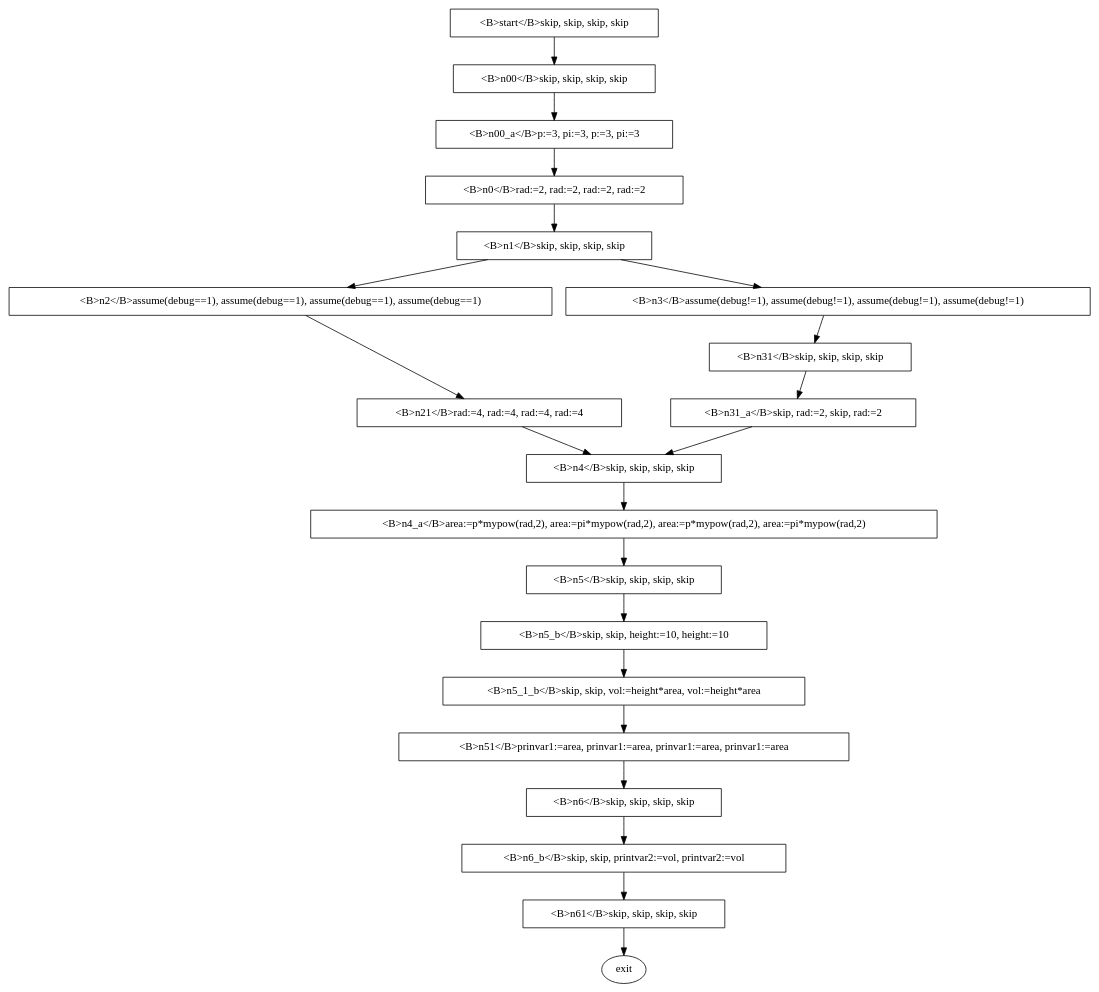
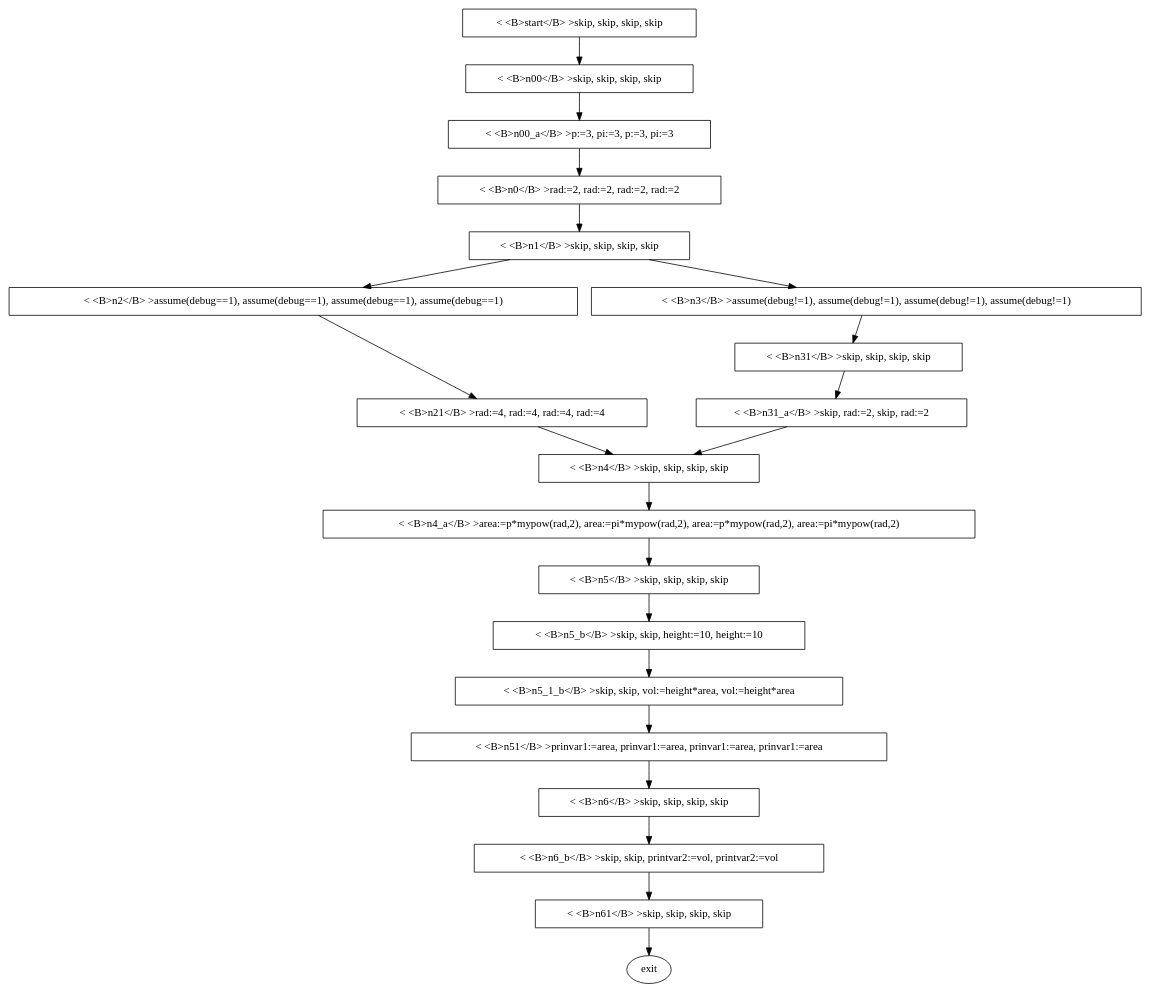
One commit to marcelosousa/safemerge changed the diagram in examples/reps/ex1/t.dot. Above: the diagram before and after it, drawn with Graphviz. The commit also changed 2 other files, not shown here.

```diff
--- a/examples/reps/ex1/t.dot
+++ b/examples/reps/ex1/t.dot
@@ -1,41 +1,41 @@
 digraph product {
-n0 [label="<B>n0</B>rad:=2, rad:=2, rad:=2, rad:=2", shape=box]
+n0 [label="< <B>n0</B> >rad:=2, rad:=2, rad:=2, rad:=2", shape=box]
 n0 -> n1
-n00 [label="<B>n00</B>skip, skip, skip, skip", shape=box]
+n00 [label="< <B>n00</B> >skip, skip, skip, skip", shape=box]
 n00 -> n00_a
-n00_a [label="<B>n00_a</B>p:=3, pi:=3, p:=3, pi:=3", shape=box]
+n00_a [label="< <B>n00_a</B> >p:=3, pi:=3, p:=3, pi:=3", shape=box]
 n00_a -> n0
-n1 [label="<B>n1</B>skip, skip, skip, skip", shape=box]
+n1 [label="< <B>n1</B> >skip, skip, skip, skip", shape=box]
 n1 -> n2
 n1 -> n3
-n2 [label="<B>n2</B>assume(debug==1), assume(debug==1), assume(debug==1), assume(debug==1)", shape=box]
+n2 [label="< <B>n2</B> >assume(debug==1), assume(debug==1), assume(debug==1), assume(debug==1)", shape=box]
 n2 -> n21
-n21 [label="<B>n21</B>rad:=4, rad:=4, rad:=4, rad:=4", shape=box]
+n21 [label="< <B>n21</B> >rad:=4, rad:=4, rad:=4, rad:=4", shape=box]
 n21 -> n4
-n3 [label="<B>n3</B>assume(debug!=1), assume(debug!=1), assume(debug!=1), assume(debug!=1)", shape=box]
+n3 [label="< <B>n3</B> >assume(debug!=1), assume(debug!=1), assume(debug!=1), assume(debug!=1)", shape=box]
 n3 -> n31
-n31 [label="<B>n31</B>skip, skip, skip, skip", shape=box]
+n31 [label="< <B>n31</B> >skip, skip, skip, skip", shape=box]
 n31 -> n31_a
-n31_a [label="<B>n31_a</B>skip, rad:=2, skip, rad:=2", shape=box]
+n31_a [label="< <B>n31_a</B> >skip, rad:=2, skip, rad:=2", shape=box]
 n31_a -> n4
-n4 [label="<B>n4</B>skip, skip, skip, skip", shape=box]
+n4 [label="< <B>n4</B> >skip, skip, skip, skip", shape=box]
 n4 -> n4_a
-n4_a [label="<B>n4_a</B>area:=p*mypow(rad,2), area:=pi*mypow(rad,2), area:=p*mypow(rad,2), area:=pi*mypow(rad,2)", shape=box]
+n4_a [label="< <B>n4_a</B> >area:=p*mypow(rad,2), area:=pi*mypow(rad,2), area:=p*mypow(rad,2), area:=pi*mypow(rad,2)", shape=box]
 n4_a -> n5
-n5 [label="<B>n5</B>skip, skip, skip, skip", shape=box]
+n5 [label="< <B>n5</B> >skip, skip, skip, skip", shape=box]
 n5 -> n5_b
-n51 [label="<B>n51</B>prinvar1:=area, prinvar1:=area, prinvar1:=area, prinvar1:=area", shape=box]
+n51 [label="< <B>n51</B> >prinvar1:=area, prinvar1:=area, prinvar1:=area, prinvar1:=area", shape=box]
 n51 -> n6
-n5_1_b [label="<B>n5_1_b</B>skip, skip, vol:=height*area, vol:=height*area", shape=box]
+n5_1_b [label="< <B>n5_1_b</B> >skip, skip, vol:=height*area, vol:=height*area", shape=box]
 n5_1_b -> n51
-n5_b [label="<B>n5_b</B>skip, skip, height:=10, height:=10", shape=box]
+n5_b [label="< <B>n5_b</B> >skip, skip, height:=10, height:=10", shape=box]
 n5_b -> n5_1_b
-n6 [label="<B>n6</B>skip, skip, skip, skip", shape=box]
+n6 [label="< <B>n6</B> >skip, skip, skip, skip", shape=box]
 n6 -> n6_b
-n61 [label="<B>n61</B>skip, skip, skip, skip", shape=box]
+n61 [label="< <B>n61</B> >skip, skip, skip, skip", shape=box]
 n61 -> exit
-n6_b [label="<B>n6_b</B>skip, skip, printvar2:=vol, printvar2:=vol", shape=box]
+n6_b [label="< <B>n6_b</B> >skip, skip, printvar2:=vol, printvar2:=vol", shape=box]
 n6_b -> n61
-start [label="<B>start</B>skip, skip, skip, skip", shape=box]
+start [label="< <B>start</B> >skip, skip, skip, skip", shape=box]
 start -> n00
 }
```
